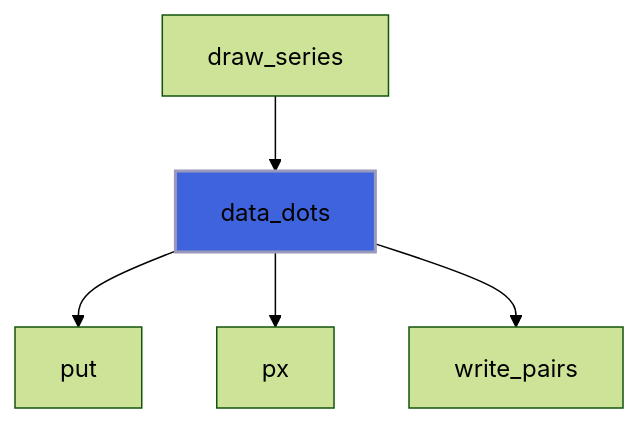
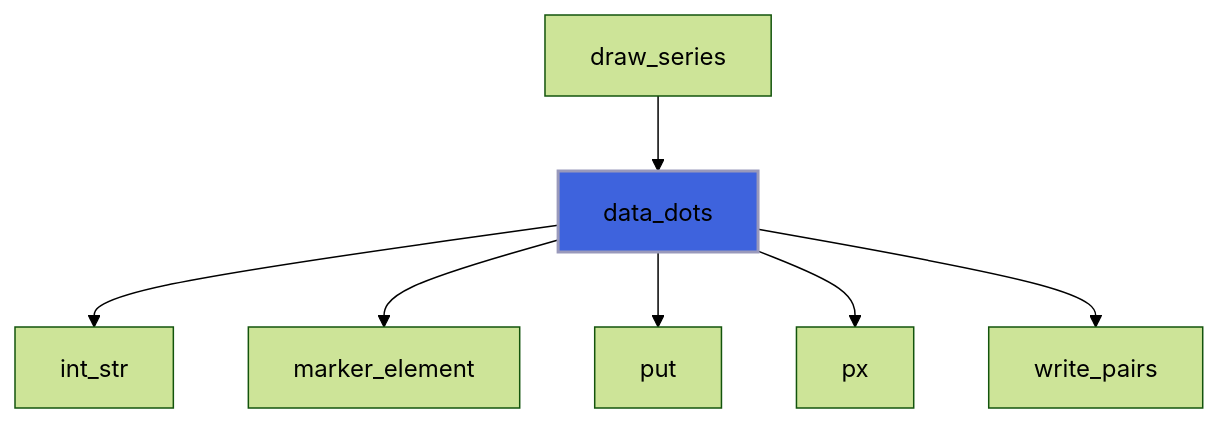
Before and after one commit to szaghi/foresight: diagram 16 of 30 in docs/api/src/lib/foresight_backend_svg.md, drawn with Mermaid (forest theme). The commit also changed other lines of this file and 97 other files, not shown here.

````diff
--- a/docs/api/src/lib/foresight_backend_svg.md
+++ b/docs/api/src/lib/foresight_backend_svg.md
@@ -505,8 +528,10 @@
 ```mermaid
 flowchart TD
   draw_series["draw_series"] --> data_dots["data_dots"]
+  data_dots["data_dots"] --> int_str["int_str"]
+  data_dots["data_dots"] --> marker_element["marker_element"]
   data_dots["data_dots"] --> put["put"]
   data_dots["data_dots"] --> px["px"]
   data_dots["data_dots"] --> write_pairs["write_pairs"]
   style data_dots fill:#3e63dd,stroke:#99b,stroke-width:2px
 ```
````
